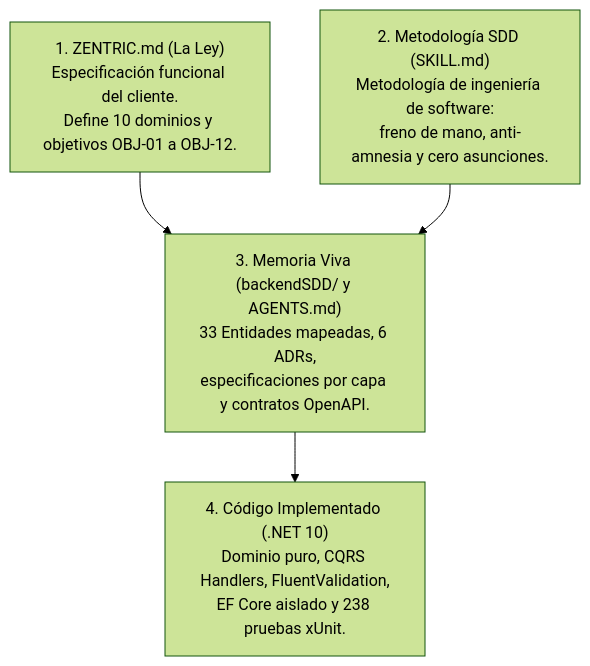
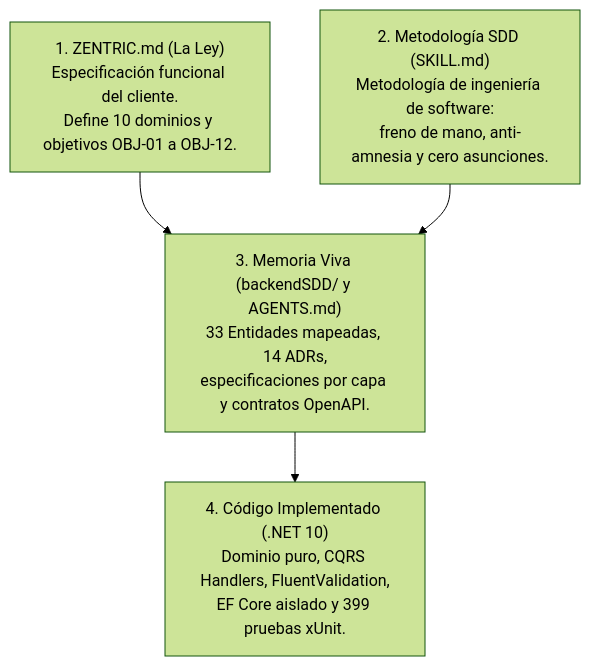
One commit to D-MachadoDev/Zentric changed the first of 3 diagrams in README.md. Above: the diagram before and after it, drawn with Mermaid (forest theme). The commit also changed other lines of this file and 147 other files, not shown here.

First line of the commit message:
feat(security): JWT real, matriz por rol, propiedad del recurso y pruebas E2E por HTTP

````diff
--- a/README.md
+++ b/README.md
@@ -70,11 +70,11 @@
 ```mermaid
 flowchart TD
     B1["1. ZENTRIC.md (La Ley)<br/>Especificación funcional del cliente.<br/>Define 10 dominios y objetivos OBJ-01 a OBJ-12."]
     B2["2. Metodología SDD (SKILL.md)<br/>Metodología de ingeniería de software:<br/>freno de mano, anti-amnesia y cero asunciones."]
-    SSOT["3. Memoria Viva (backendSDD/ y AGENTS.md)<br/>33 Entidades mapeadas, 6 ADRs,<br/>especificaciones por capa y contratos OpenAPI."]
-    CODE["4. Código Implementado (.NET 10)<br/>Dominio puro, CQRS Handlers, FluentValidation,<br/>EF Core aislado y 238 pruebas xUnit."]
+    SSOT["3. Memoria Viva (backendSDD/ y AGENTS.md)<br/>33 Entidades mapeadas, 14 ADRs,<br/>especificaciones por capa y contratos OpenAPI."]
+    CODE["4. Código Implementado (.NET 10)<br/>Dominio puro, CQRS Handlers, FluentValidation,<br/>EF Core aislado y 399 pruebas xUnit."]
 
     B1 --> SSOT
     B2 --> SSOT
     SSOT --> CODE
 ```
````
